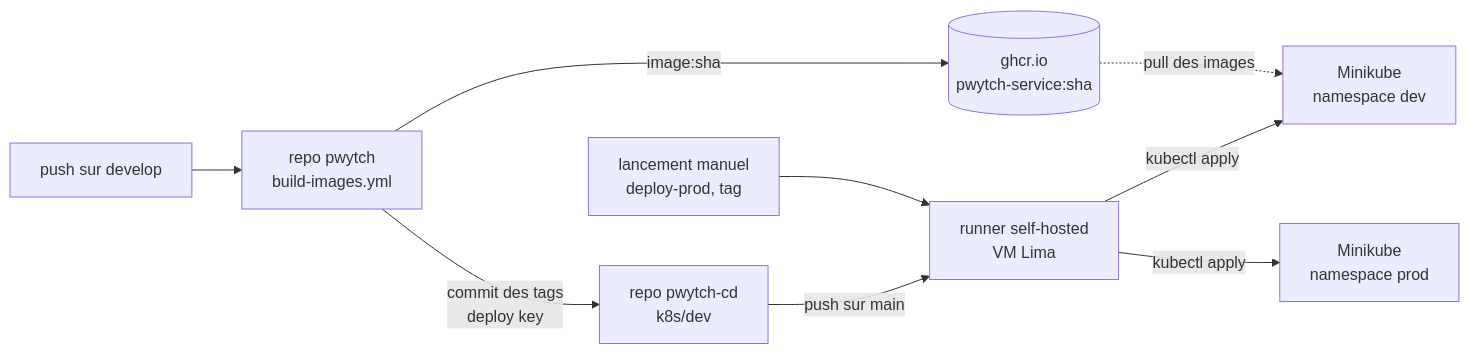
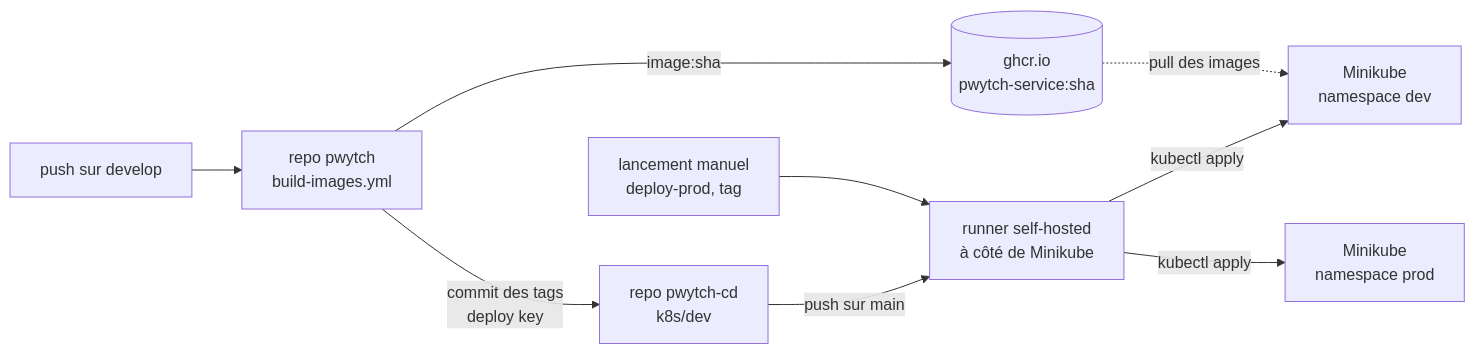
The first of 2 diagrams in README.md (Bilnaa/pwytch-cd), drawn with Mermaid before and after one commit. The commit also changed other lines of this file and 1 other file, not shown here.

````diff
--- a/README.md
+++ b/README.md
@@ -11,11 +11,11 @@
 ```mermaid
 flowchart LR
   dev[push sur develop] --> ci[repo pwytch<br/>build-images.yml]
   ci -->|image:sha| ghcr[(ghcr.io<br/>pwytch-service:sha)]
   ci -->|commit des tags<br/>deploy key| cd[repo pwytch-cd<br/>k8s/dev]
-  cd -->|push sur main| runner[runner self-hosted<br/>VM Lima]
+  cd -->|push sur main| runner[runner self-hosted<br/>à côté de Minikube]
   runner -->|kubectl apply| mk[Minikube<br/>namespace dev]
   ghcr -.->|pull des images| mk
   man[lancement manuel<br/>deploy-prod, tag] --> runner
   runner -->|kubectl apply| mkp[Minikube<br/>namespace prod]
 ```
````
